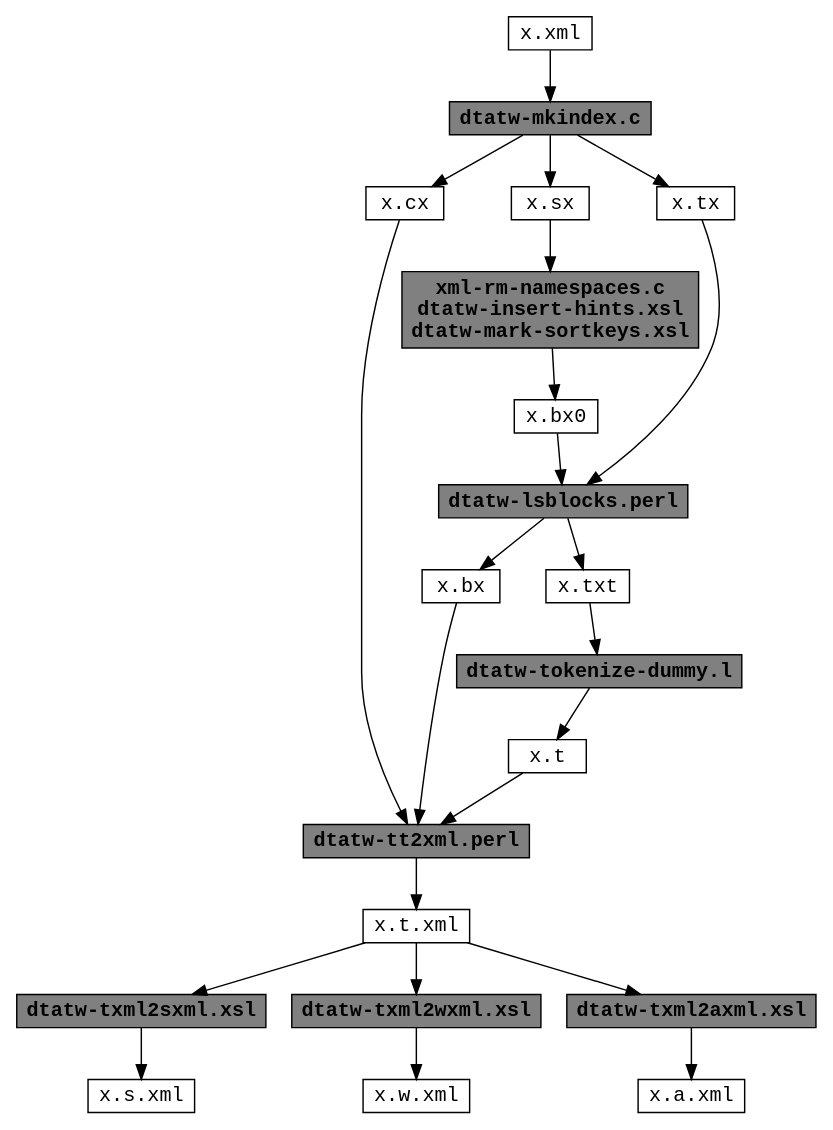
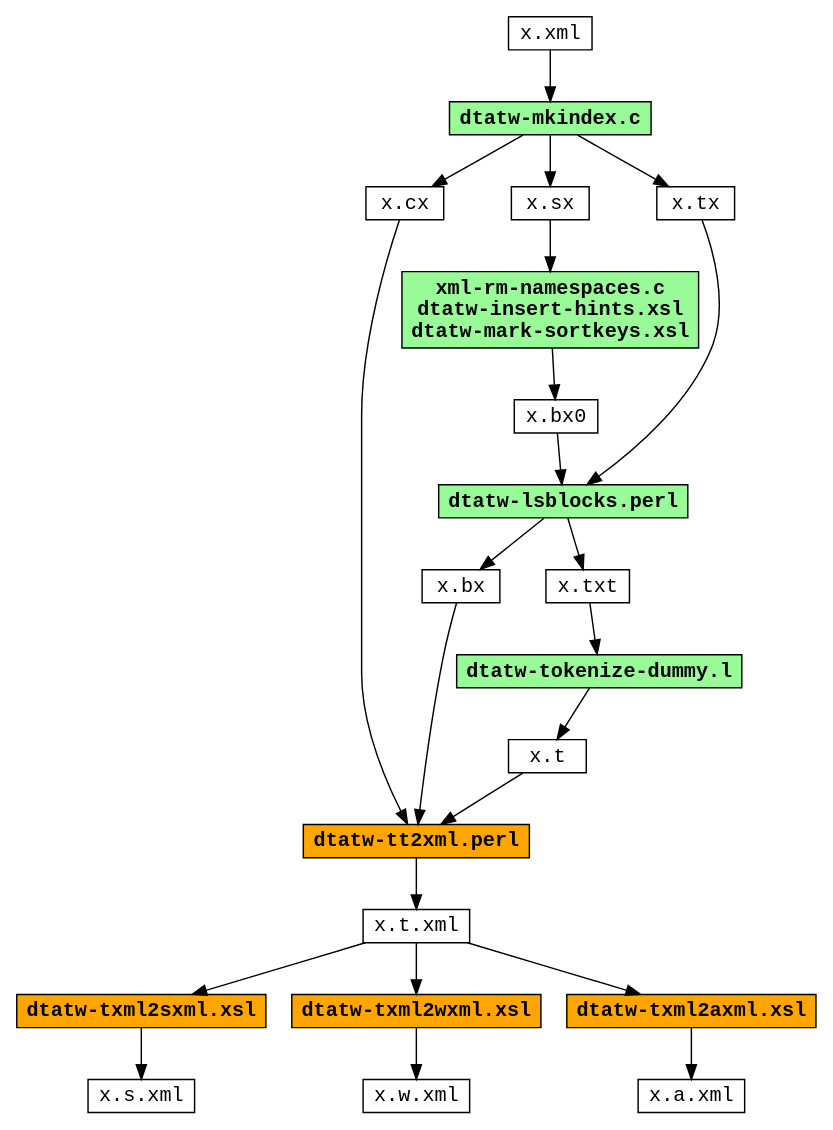
Before and after one commit to moocow-the-bovine/dta-tokwrap: the diagram in doc/dataflow.dot, drawn with Graphviz.

Commit message:
+ updated dataflow.dot (added pretty colors)

```diff
--- a/doc/dataflow.dot
+++ b/doc/dataflow.dot
@@ -1,58 +1,58 @@
 ##-*- Mode: C -*-
 digraph dataflow {
   node [shape=rectangle,height=0.25,fontname="Courier"];
 
   xml [label="x.xml"];
 
-  mkindex [label="dtatw-mkindex.c",shape=rectangle,style=filled,fillcolor=grey,fontname="Courier-Bold"];
+  mkindex [label="dtatw-mkindex.c",shape=rectangle,style=filled,fillcolor=PaleGreen,fontname="Courier-Bold"];
   xml -> mkindex;
 
   cx [label="x.cx"];
   sx [label="x.sx"];
   tx [label="x.tx"];
   mkindex -> cx;
   mkindex -> sx;
   mkindex -> tx;
   {rank=same; cx sx tx}
 
   bx0 [label="x.bx0"];
-  mkbx0 [label="xml-rm-namespaces.c\ndtatw-insert-hints.xsl\ndtatw-mark-sortkeys.xsl",shape=rectangle,style=filled,fillcolor=grey,fontname="Courier-Bold"];
+  mkbx0 [label="xml-rm-namespaces.c\ndtatw-insert-hints.xsl\ndtatw-mark-sortkeys.xsl",shape=rectangle,style=filled,fillcolor=PaleGreen,fontname="Courier-Bold"];
   sx -> mkbx0;
   mkbx0 -> bx0;
 
   bx [label="x.bx"];
   txt [label="x.txt"];
-  lsblocks [label="dtatw-lsblocks.perl",shape=rectangle,style=filled,fillcolor=grey,fontname="Courier-Bold"];
+  lsblocks [label="dtatw-lsblocks.perl",shape=rectangle,style=filled,fillcolor=PaleGreen,fontname="Courier-Bold"];
   bx0 -> lsblocks;
   tx  -> lsblocks;
   lsblocks -> bx;
   lsblocks -> txt;
   {rank=same; bx txt}
 
   t [label="x.t"];
-  tokenize [label="dtatw-tokenize-dummy.l",shape=rectangle,style=filled,fillcolor=grey,fontname="Courier-Bold"];
+  tokenize [label="dtatw-tokenize-dummy.l",shape=rectangle,style=filled,fillcolor=PaleGreen,fontname="Courier-Bold"];
   txt -> tokenize;
   tokenize -> t;
 
   t_xml [label="x.t.xml"];
-  t2xml [label="dtatw-tt2xml.perl",shape=rectangle,style=filled,fillcolor=grey,fontname="Courier-Bold"];
+  t2xml [label="dtatw-tt2xml.perl",shape=rectangle,style=filled,fillcolor=orange,fontname="Courier-Bold"];
   t -> t2xml;
   bx -> t2xml;
   cx -> t2xml;
   t2xml -> t_xml;
 
   s_xml [label="x.s.xml"];
-  txml2sxml [label="dtatw-txml2sxml.xsl",shape=rectangle,style=filled,fillcolor=grey,fontname="Courier-Bold"];
+  txml2sxml [label="dtatw-txml2sxml.xsl",shape=rectangle,style=filled,fillcolor=orange,fontname="Courier-Bold"];
   t_xml -> txml2sxml;
   txml2sxml -> s_xml;
 
   w_xml [label="x.w.xml"];
-  txml2wxml [label="dtatw-txml2wxml.xsl",shape=rectangle,style=filled,fillcolor=grey,fontname="Courier-Bold"];
+  txml2wxml [label="dtatw-txml2wxml.xsl",shape=rectangle,style=filled,fillcolor=orange,fontname="Courier-Bold"];
   t_xml -> txml2wxml;
   txml2wxml -> w_xml;
 
   a_xml [label="x.a.xml"];
-  txml2axml [label="dtatw-txml2axml.xsl",shape=rectangle,style=filled,fillcolor=grey,fontname="Courier-Bold"];
+  txml2axml [label="dtatw-txml2axml.xsl",shape=rectangle,style=filled,fillcolor=orange,fontname="Courier-Bold"];
   t_xml -> txml2axml;
   txml2axml -> a_xml;
 }
```
